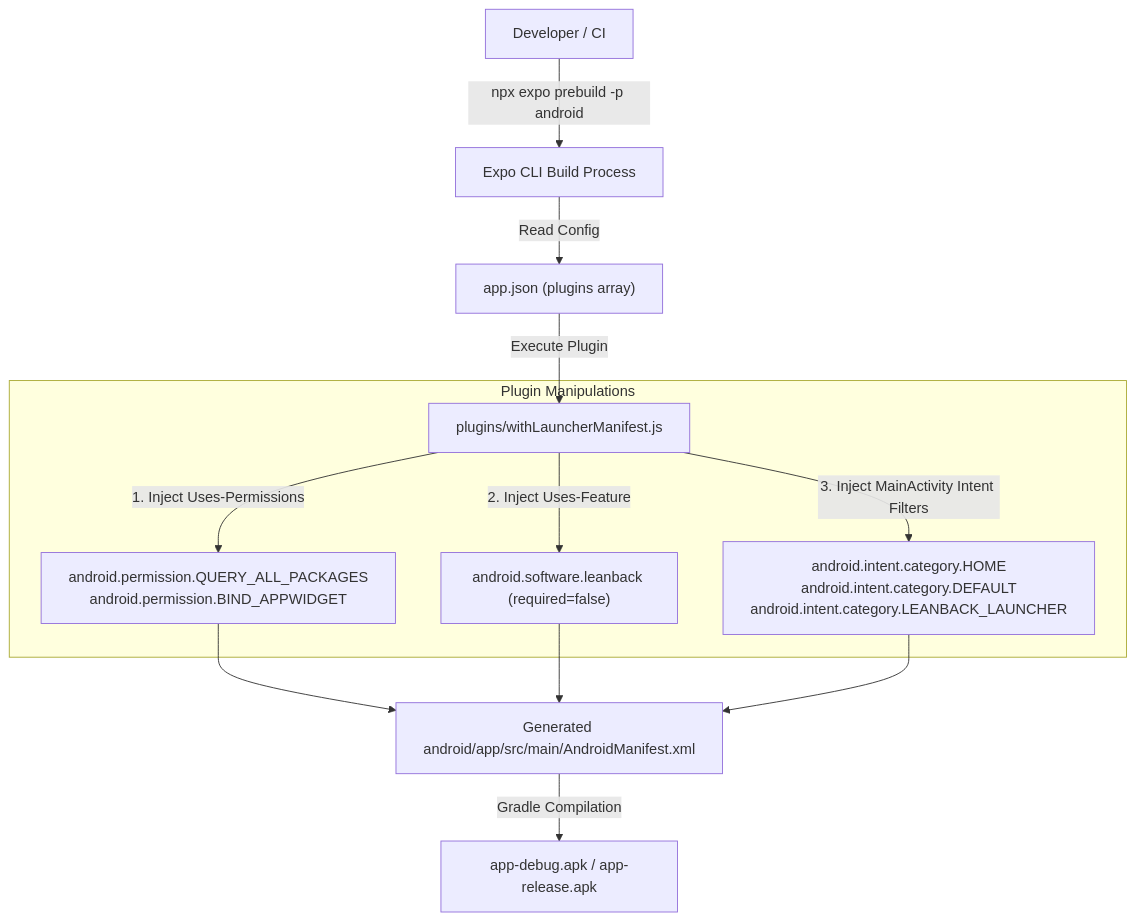
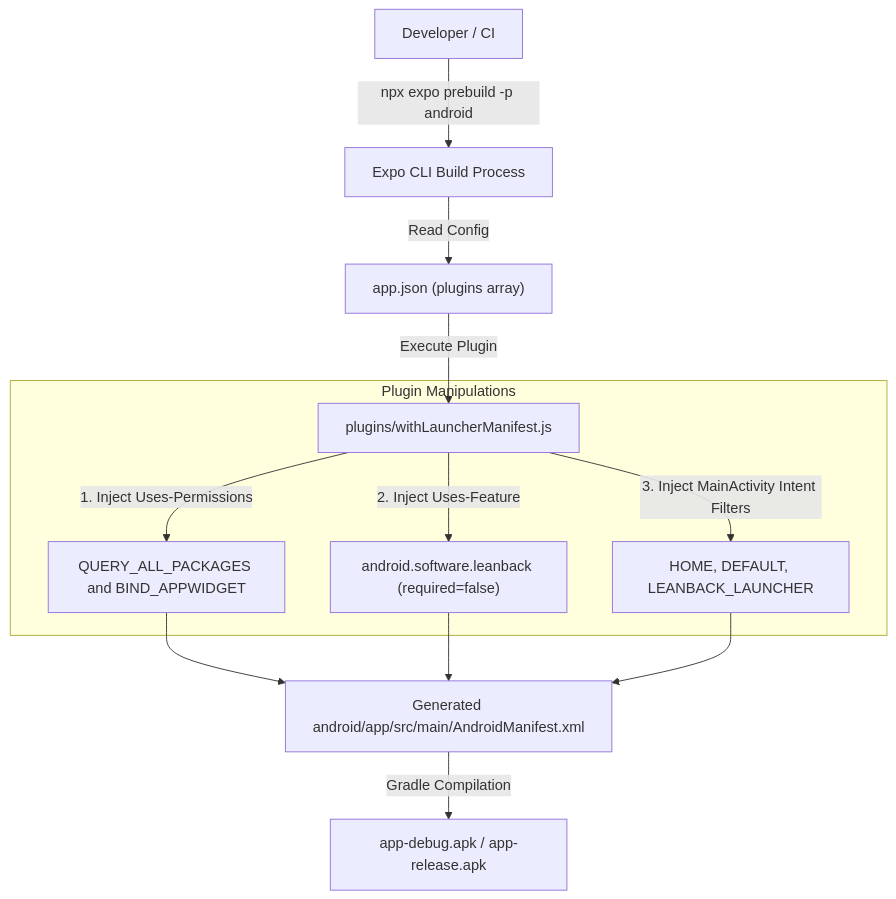
Before and after one commit to cfwork9601/tapo-widget-tvos: the third of 3 diagrams in docs/ARCHITECTURE.md, drawn with Mermaid. The commit also changed other lines of this file and 1 other file, not shown here.

Commit message:
Fix Mermaid syntax formatting for GitHub renderer compatibility

````diff
--- a/docs/ARCHITECTURE.md
+++ b/docs/ARCHITECTURE.md
@@ -196,17 +196,17 @@
 ```mermaid
 flowchart TD
     A["Developer / CI"] -->|"npx expo prebuild -p android"| B["Expo CLI Build Process"]
     B -->|"Read Config"| C["app.json (plugins array)"]
     C -->|"Execute Plugin"| D["plugins/withLauncherManifest.js"]
     
-    subgraph Plugin Manipulations
-        D -->|"1. Inject Uses-Permissions"| E["android.permission.QUERY_ALL_PACKAGES<br/>android.permission.BIND_APPWIDGET"]
+    subgraph "Plugin Manipulations"
+        D -->|"1. Inject Uses-Permissions"| E["QUERY_ALL_PACKAGES and BIND_APPWIDGET"]
         D -->|"2. Inject Uses-Feature"| F["android.software.leanback (required=false)"]
-        D -->|"3. Inject MainActivity Intent Filters"| G["android.intent.category.HOME<br/>android.intent.category.DEFAULT<br/>android.intent.category.LEANBACK_LAUNCHER"]
+        D -->|"3. Inject MainActivity Intent Filters"| G["HOME, DEFAULT, LEANBACK_LAUNCHER"]
     end
     
     E --> H["Generated android/app/src/main/AndroidManifest.xml"]
     F --> H
     G --> H
     H -->|"Gradle Compilation"| I["app-debug.apk / app-release.apk"]
 ```
````
